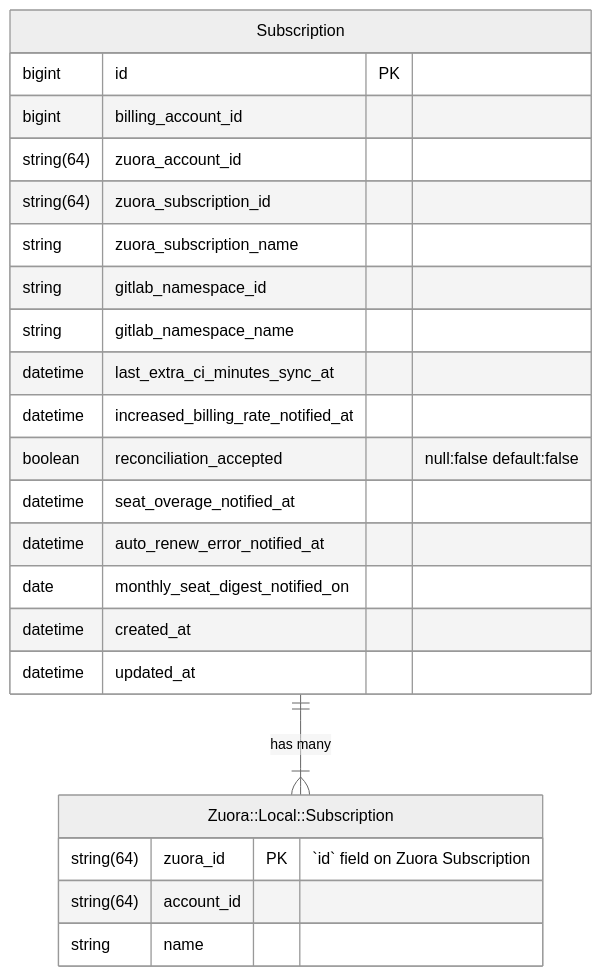
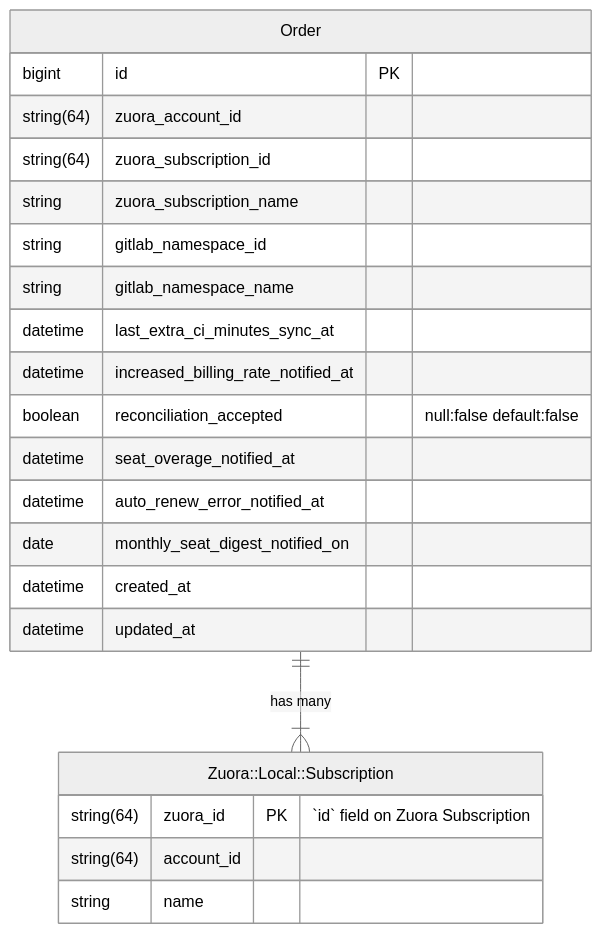
One commit to zalyoung/gitlab-handbook changed the second of 2 diagrams in content/handbook/engineering/architecture/design-documents/cdot_orders/_index.md. Above: the diagram before and after it, drawn with Mermaid (neutral theme). The commit also changed other lines of this file, not shown here.

Commit message:
Update CustomersDot orders re-architecture blueprint

````diff
--- a/content/handbook/engineering/architecture/design-documents/cdot_orders/_index.md
+++ b/content/handbook/engineering/architecture/design-documents/cdot_orders/_index.md
@@ -248,28 +282,27 @@
 ```mermaid
 erDiagram
-  Subscription ||--|{ "Zuora::Local::Subscription" : "has many"
+  Order ||--|{ "Zuora::Local::Subscription" : "has many"
 
-  Subscription {
+  Order {
     bigint id PK
-    bigint billing_account_id
     string(64) zuora_account_id
     string(64) zuora_subscription_id
     string zuora_subscription_name
     string gitlab_namespace_id
     string gitlab_namespace_name
     datetime last_extra_ci_minutes_sync_at
     datetime increased_billing_rate_notified_at
     boolean reconciliation_accepted "null:false default:false"
     datetime seat_overage_notified_at
     datetime auto_renew_error_notified_at
     date monthly_seat_digest_notified_on
     datetime created_at
     datetime updated_at
   }
 
   "Zuora::Local::Subscription" {
     string(64) zuora_id PK "`id` field on Zuora Subscription"
     string(64) account_id
     string name
   }
 ```
````
